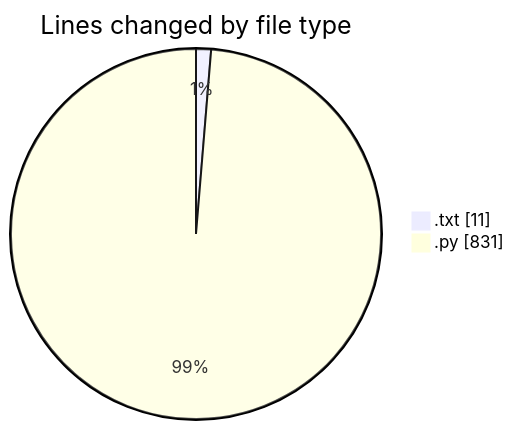
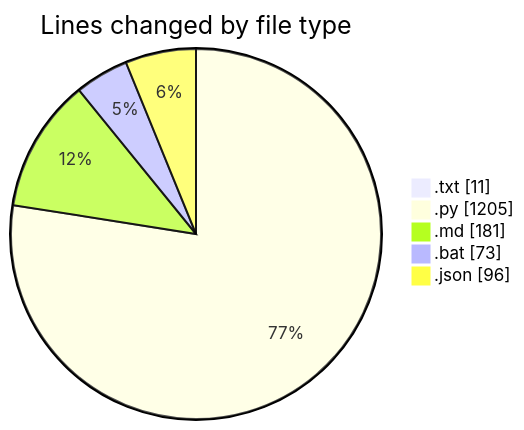
The first of 2 diagrams in 2025-08-26/tool-auto-exchangr-tiktok-coins/README.md (lephambinh05/code-tracking), drawn with Mermaid before and after one commit. The commit also changed other lines of this file and 1 other file, not shown here.

````diff
--- a/2025-08-26/tool-auto-exchangr-tiktok-coins/README.md
+++ b/2025-08-26/tool-auto-exchangr-tiktok-coins/README.md
@@ -22,6 +26,9 @@
 ```mermaid
 pie showData
 title Lines changed by file type
 ".txt" : 11
-".py" : 831
+".py" : 1205
+".md" : 181
+".bat" : 73
+".json" : 96
 ```
````
